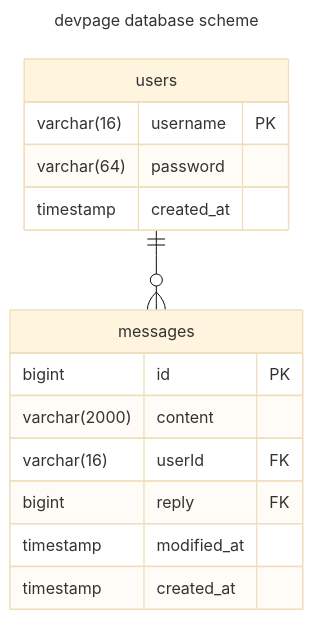
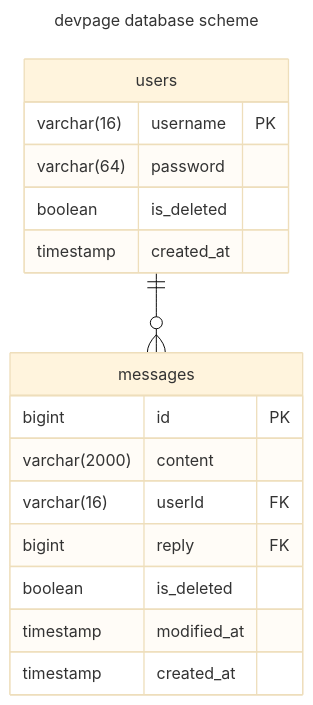
One commit to ilfey/devback changed the first of 2 diagrams in README.md. Above: the diagram before and after it, drawn with Mermaid (base theme). The commit also changed other lines of this file and 24 other files, not shown here.

````diff
--- a/README.md
+++ b/README.md
@@ -15,23 +20,25 @@
 ```mermaid
 ---
 title: "devpage database scheme"
 ---
 
 erDiagram
     users {
         varchar(16) username PK
         varchar(64) password
+        boolean is_deleted
         timestamp created_at
     }
 
     messages {
         bigint id PK
         varchar(2000) content
         varchar(16) userId FK
         bigint reply FK
+        boolean is_deleted
         timestamp modified_at
         timestamp created_at
     }
 
     users only one to zero or many messages : ""
 ```
````
